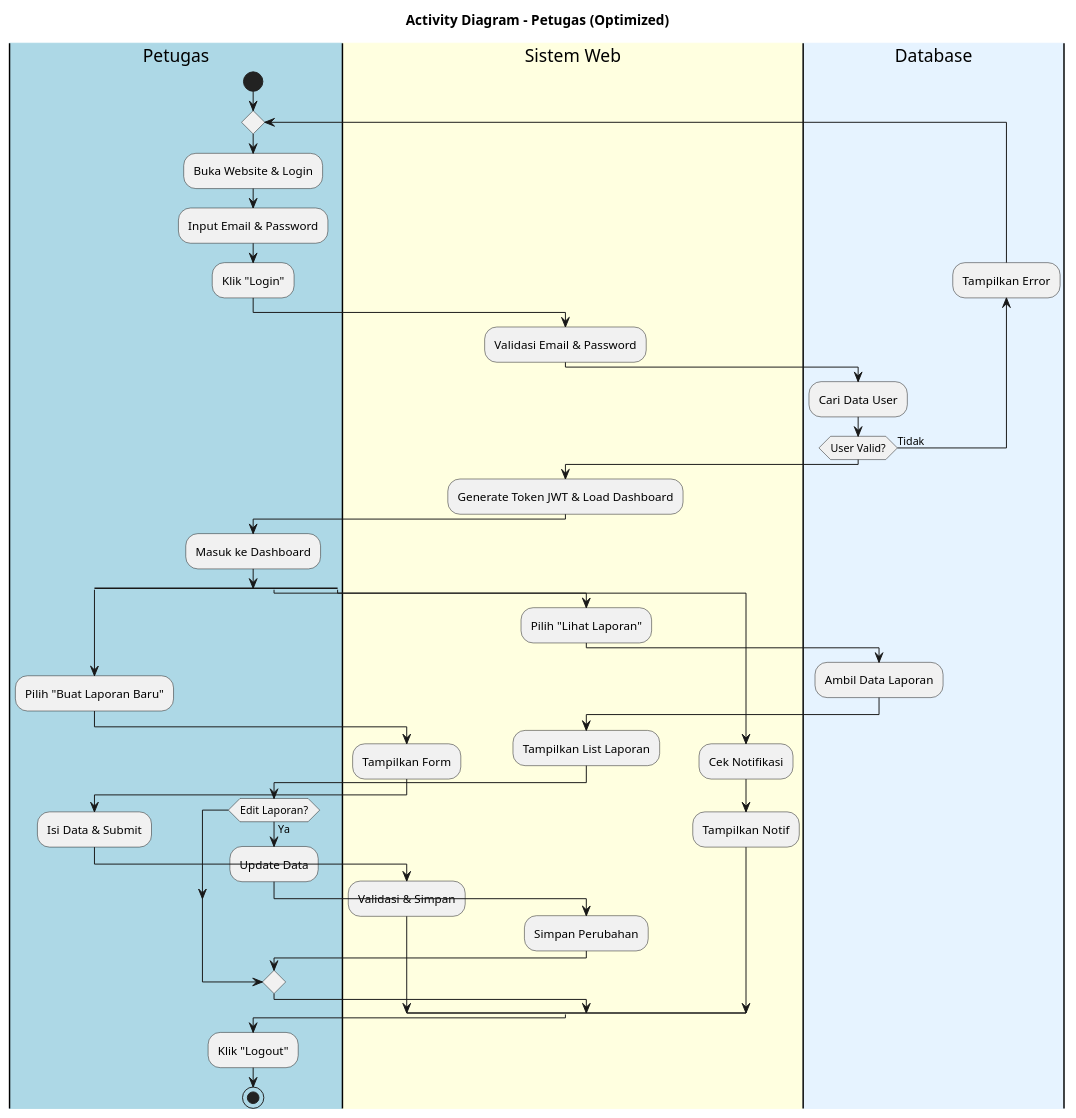
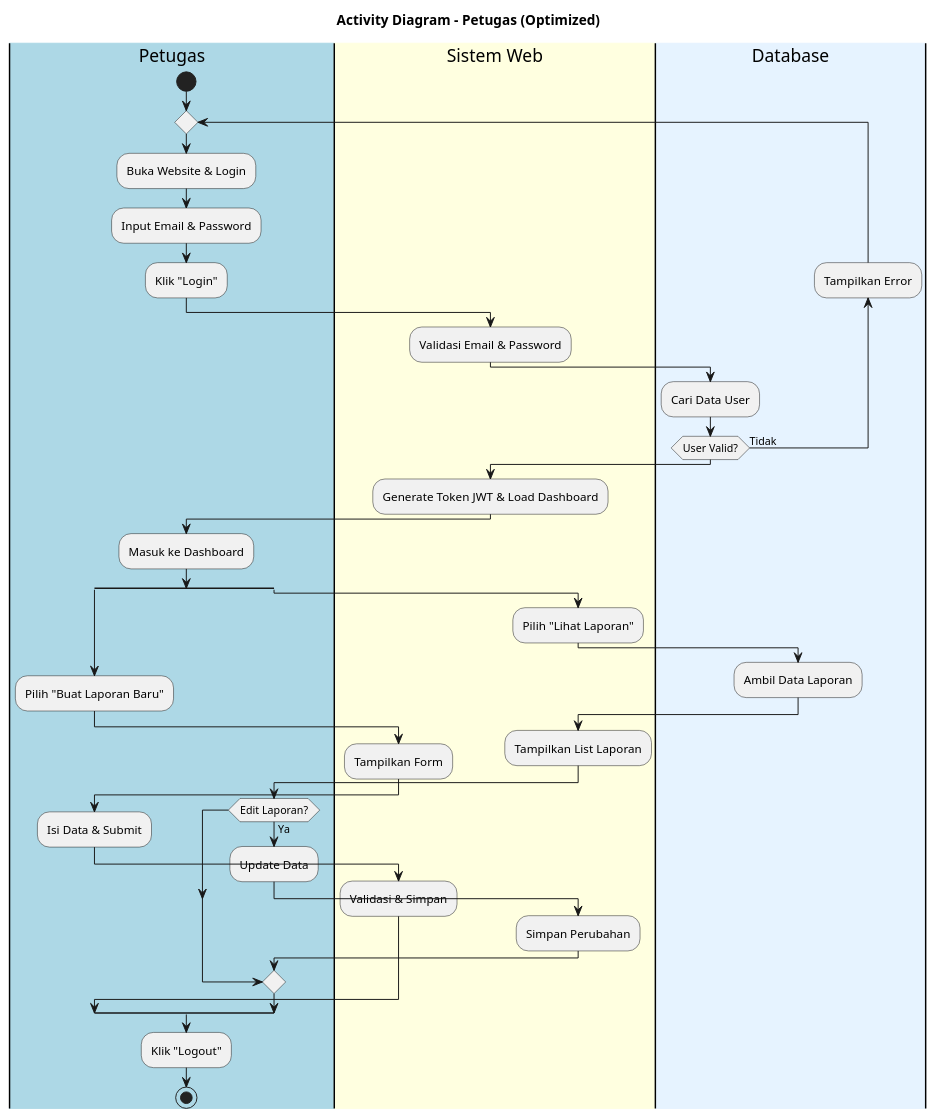
The diagram in UML/Activity_Diagram_Petugas.puml (C-PPAW-TI503P-2025/PROJECT_KELOMPOK3_LOKASIDANKAMERA), drawn with PlantUML before and after one commit.

Commit message:
Revisi Activity Diagram Petugas

```diff
--- a/UML/Activity_Diagram_Petugas.puml
+++ b/UML/Activity_Diagram_Petugas.puml
@@ -1,52 +1,48 @@
 @startuml
 title Activity Diagram - Petugas (Optimized)
 
 |#LightBlue|Petugas|
 start
 repeat
   :Buka Website & Login;
   :Input Email & Password;
   :Klik "Login";
 
   |#LightYellow|Sistem Web|
   :Validasi Email & Password;
   |#E6F3FF|Database|
   :Cari Data User;
 backward:Tampilkan Error;
 repeat while (User Valid?) is (Tidak)
 
 |#LightYellow|Sistem Web|
 :Generate Token JWT & Load Dashboard;
 |#LightBlue|Petugas|
 :Masuk ke Dashboard;
 
 split
    :Pilih "Buat Laporan Baru";
    |#LightYellow|Sistem Web|
    :Tampilkan Form;
    |#LightBlue|Petugas|
    :Isi Data & Submit;
    |#LightYellow|Sistem Web|
    :Validasi & Simpan;
 split again
    :Pilih "Lihat Laporan";
    |#E6F3FF|Database|
    :Ambil Data Laporan;
    |#LightYellow|Sistem Web|
    :Tampilkan List Laporan;
    |#LightBlue|Petugas|
    if (Edit Laporan?) then (Ya)
      :Update Data;
      |#LightYellow|Sistem Web|
      :Simpan Perubahan;
    endif
-split again
-   :Cek Notifikasi;
-   |#LightYellow|Sistem Web|
-   :Tampilkan Notif;
 end split
 
 |#LightBlue|Petugas|
 :Klik "Logout";
 stop
 @enduml
```
